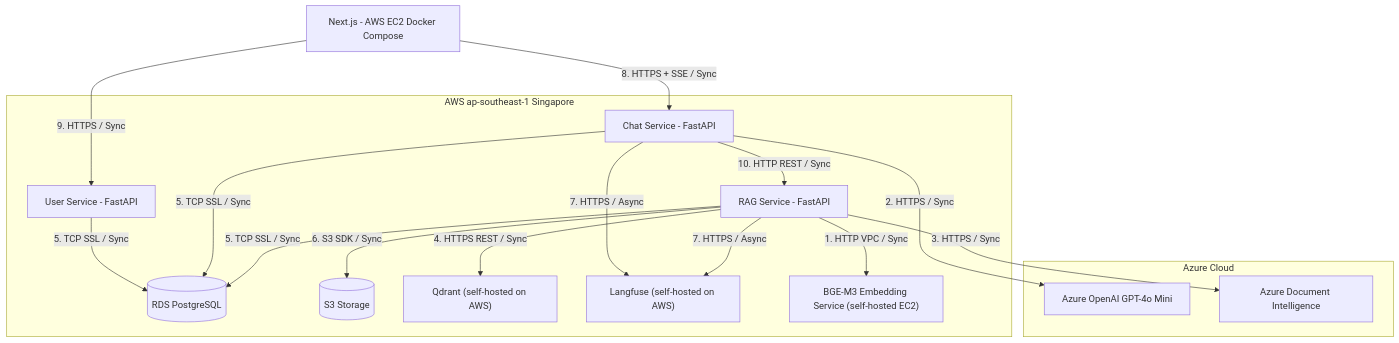
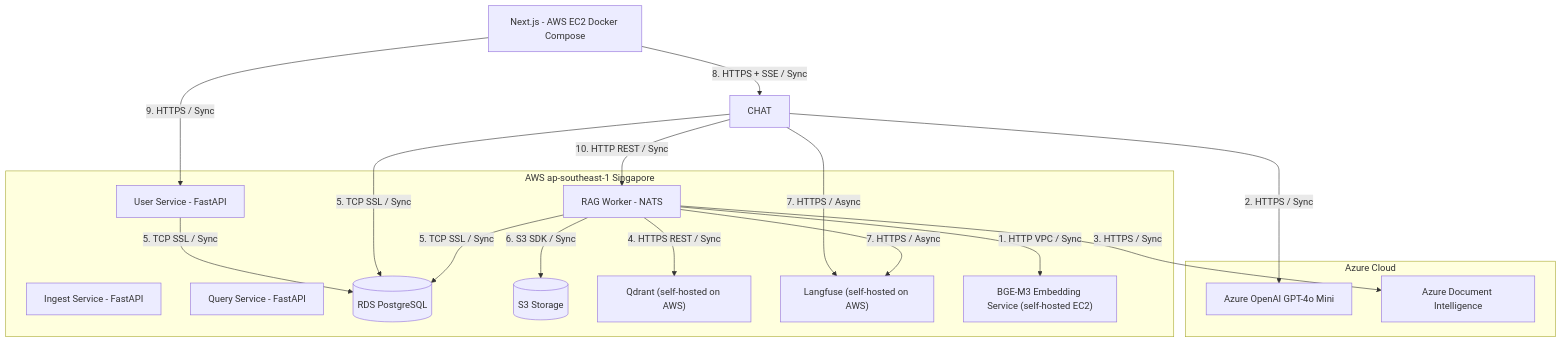
The fourth of 6 diagrams in docs/SA_RAG_Chatbot_Final.md (cds0987/DA08-VSF-AI), drawn with Mermaid before and after one commit. The commit also changed other lines of this file and 3 other files, not shown here.

````diff
--- a/docs/SA_RAG_Chatbot_Final.md
+++ b/docs/SA_RAG_Chatbot_Final.md
@@ -402,34 +408,35 @@
 ```mermaid
 flowchart TB
     NEXTJS[Next.js - AWS EC2 Docker Compose]
 
     subgraph AWS[AWS ap-southeast-1 Singapore]
         USVC[User Service - FastAPI]
-        CHAT[Chat Service - FastAPI]
-        RAG[RAG Service - FastAPI]
+        INGEST[Ingest Service - FastAPI]
+        QUERY[Query Service - FastAPI]
+        RAG[RAG Worker - NATS]
         PG[(RDS PostgreSQL)]
         S3[(S3 Storage)]
         QDRANT["Qdrant (self-hosted on AWS)"]
         LF["Langfuse (self-hosted on AWS)"]
         BGE["BGE-M3 Embedding Service (self-hosted EC2)"]
     end
 
     subgraph AZURE[Azure Cloud]
         AOAI[Azure OpenAI GPT-4o Mini]
         ADI[Azure Document Intelligence]
     end
 
     NEXTJS -- "9. HTTPS / Sync" --> USVC
     NEXTJS -- "8. HTTPS + SSE / Sync" --> CHAT
     CHAT -- "10. HTTP REST / Sync" --> RAG
     USVC -- "5. TCP SSL / Sync" --> PG
     CHAT -- "5. TCP SSL / Sync" --> PG
     RAG -- "5. TCP SSL / Sync" --> PG
     CHAT -- "2. HTTPS / Sync" --> AOAI
     RAG -- "1. HTTP VPC / Sync" --> BGE
     RAG -- "3. HTTPS / Sync" --> ADI
     RAG -- "4. HTTPS REST / Sync" --> QDRANT
     RAG -- "6. S3 SDK / Sync" --> S3
     CHAT -- "7. HTTPS / Async" --> LF
     RAG -- "7. HTTPS / Async" --> LF
 ```
````
